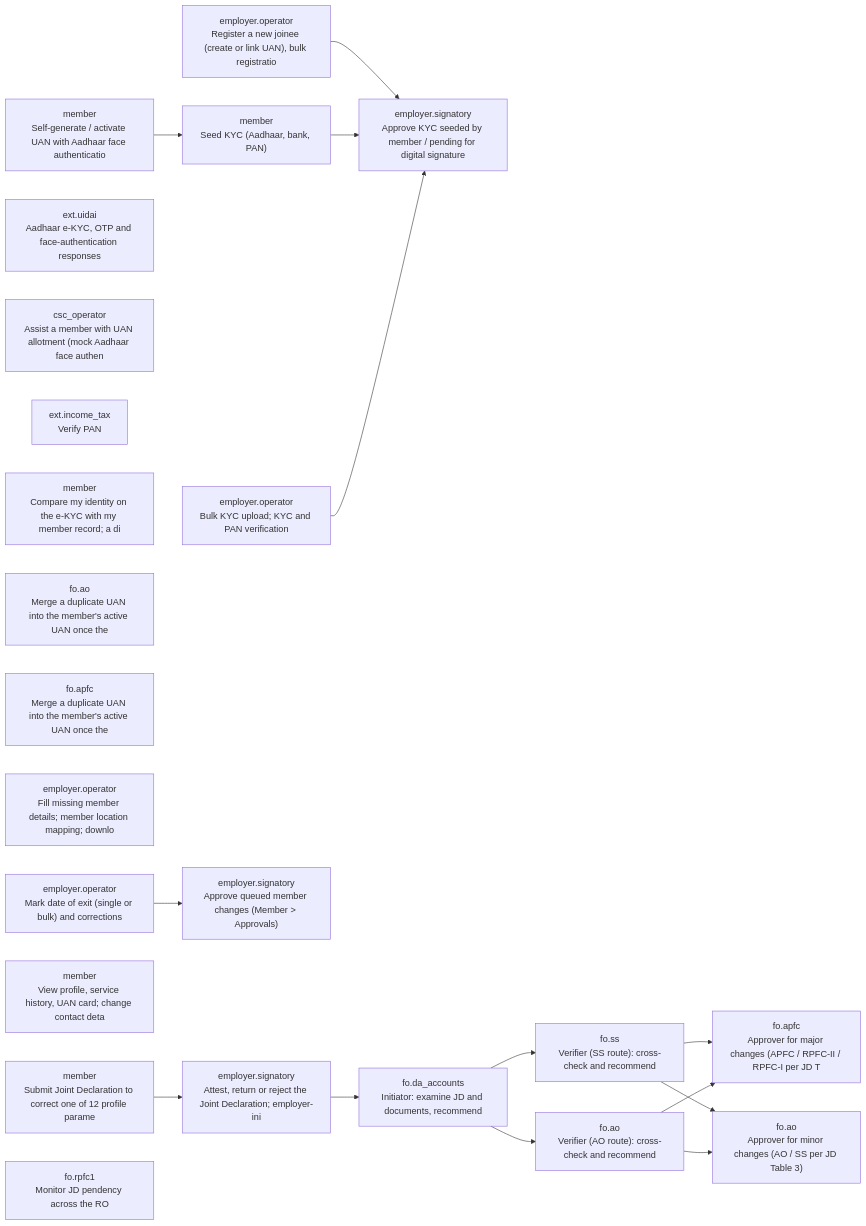
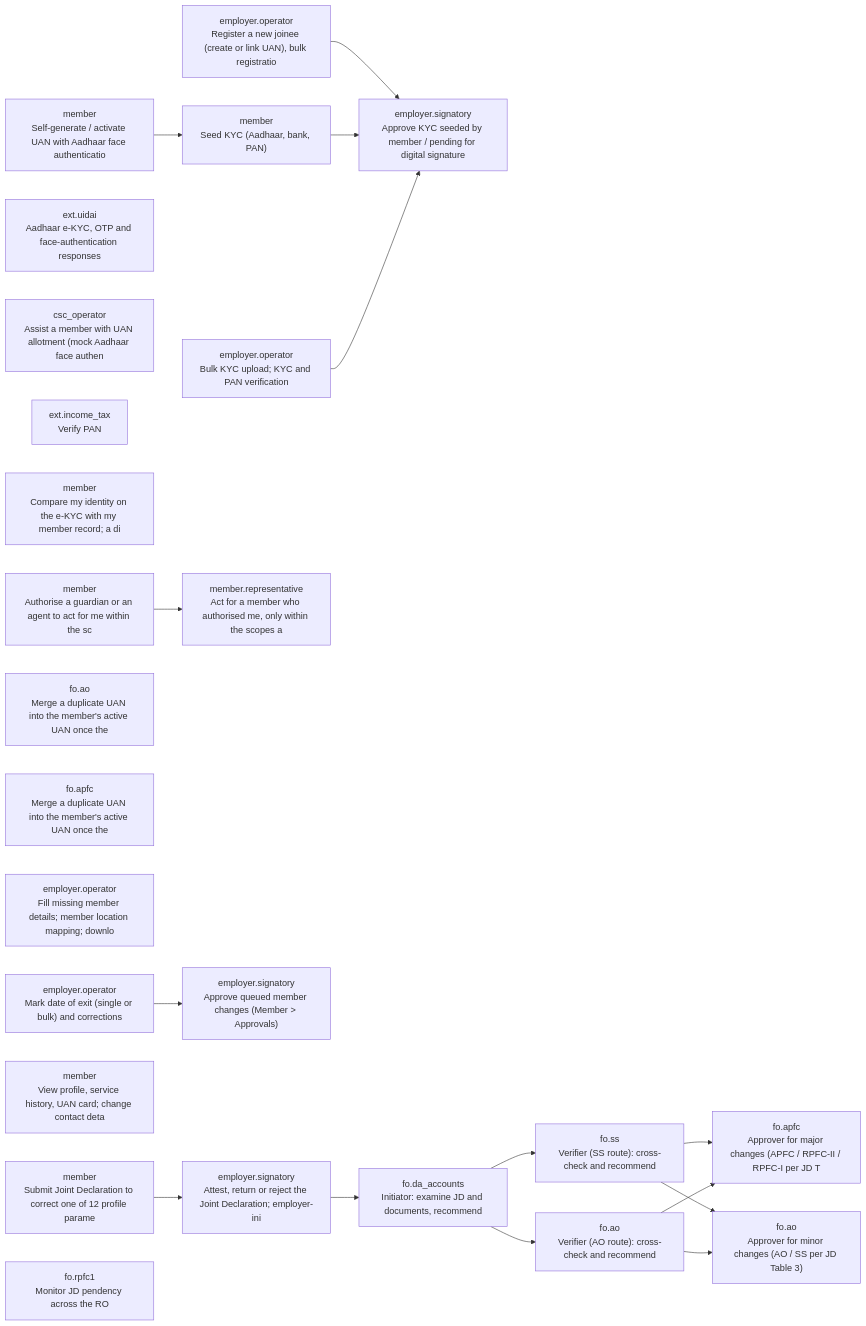
The second of 14 diagrams in docs/stakeholder-api-sets.md (gauravmeena0708/pf-life), drawn with Mermaid before and after one commit. The commit also changed other lines of this file and 38 other files, not shown here.

````diff
--- a/docs/stakeholder-api-sets.md
+++ b/docs/stakeholder-api-sets.md
@@ -1719,39 +1730,42 @@
 ```mermaid
 flowchart LR
   F02_register["employer.operator<br/>Register a new joinee (create or link UAN), bulk registratio"]
   F02_uan_self["member<br/>Self-generate / activate UAN with Aadhaar face authenticatio"]
   F02_uidai["ext.uidai<br/>Aadhaar e-KYC, OTP and face-authentication responses"]
   F02_csc_assist["csc_operator<br/>Assist a member with UAN allotment (mock Aadhaar face authen"]
   F02_kyc_seed["member<br/>Seed KYC (Aadhaar, bank, PAN)"]
   F02_kyc_approve["employer.signatory<br/>Approve KYC seeded by member / pending for digital signature"]
   F02_pan_verify["ext.income_tax<br/>Verify PAN"]
   F02_kyc_bulk["employer.operator<br/>Bulk KYC upload; KYC and PAN verification"]
   F02_identity_check["member<br/>Compare my identity on the e-KYC with my member record; a di"]
+  F02_representatives["member<br/>Authorise a guardian or an agent to act for me within the sc"]
+  F02_represent["member.representative<br/>Act for a member who authorised me, only within the scopes a"]
   F02_uan_merge_ao["fo.ao<br/>Merge a duplicate UAN into the member's active UAN once the "]
   F02_uan_merge_apfc["fo.apfc<br/>Merge a duplicate UAN into the member's active UAN once the "]
   F02_missing_details["employer.operator<br/>Fill missing member details; member location mapping; downlo"]
   F02_exit["employer.operator<br/>Mark date of exit (single or bulk) and corrections"]
   F02_employer_approvals["employer.signatory<br/>Approve queued member changes (Member > Approvals)"]
   F02_self_service["member<br/>View profile, service history, UAN card; change contact deta"]
   F02_jd_submit["member<br/>Submit Joint Declaration to correct one of 12 profile parame"]
   F02_jd_attest["employer.signatory<br/>Attest, return or reject the Joint Declaration; employer-ini"]
   F02_jd_initiate["fo.da_accounts<br/>Initiator: examine JD and documents, recommend"]
   F02_jd_verify["fo.ss<br/>Verifier (SS route): cross-check and recommend"]
   F02_jd_verify_ao["fo.ao<br/>Verifier (AO route): cross-check and recommend"]
   F02_jd_approve["fo.apfc<br/>Approver for major changes (APFC / RPFC-II / RPFC-I per JD T"]
   F02_jd_approve_minor["fo.ao<br/>Approver for minor changes (AO / SS per JD Table 3)"]
   F02_jd_monitor["fo.rpfc1<br/>Monitor JD pendency across the RO"]
   F02_register --> F02_kyc_approve
   F02_uan_self --> F02_kyc_seed
   F02_kyc_seed --> F02_kyc_approve
   F02_kyc_bulk --> F02_kyc_approve
+  F02_representatives --> F02_represent
   F02_exit --> F02_employer_approvals
   F02_jd_submit --> F02_jd_attest
   F02_jd_attest --> F02_jd_initiate
   F02_jd_initiate --> F02_jd_verify
   F02_jd_initiate --> F02_jd_verify_ao
   F02_jd_verify --> F02_jd_approve
   F02_jd_verify --> F02_jd_approve_minor
   F02_jd_verify_ao --> F02_jd_approve
   F02_jd_verify_ao --> F02_jd_approve_minor
 ```
````
